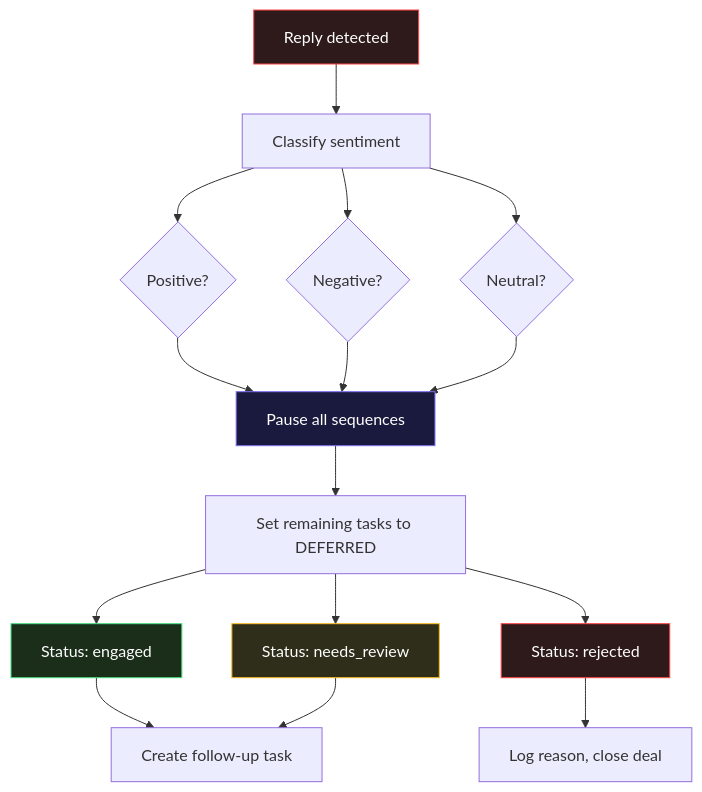
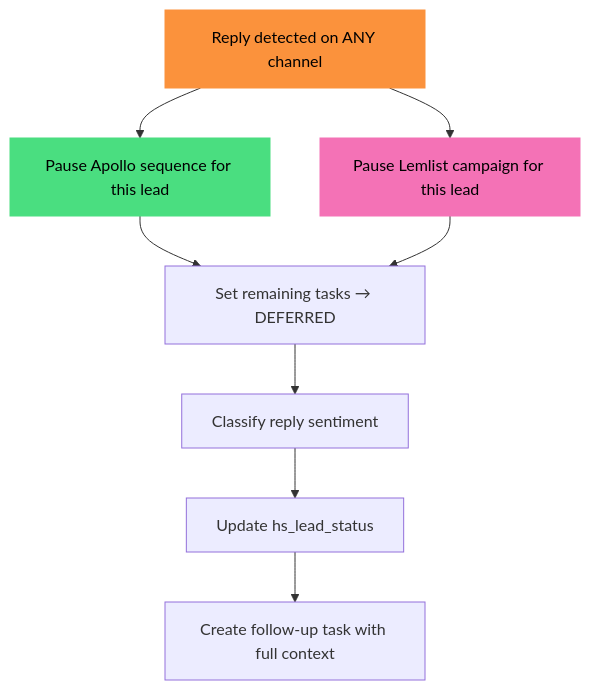
Before and after one commit to Artemponomarev/ai-agent-guides: the seventh of 8 diagrams in Kernelics email outreaching automation/architecture.md, drawn with Mermaid. The commit also changed other lines of this file, not shown here.

First line of the commit message:
Rewrite architecture: hypothesis-driven workflow with OpenClaw orchestration

````diff
--- a/Kernelics email outreaching automation/architecture.md
+++ b/Kernelics email outreaching automation/architecture.md
@@ -340,23 +448,14 @@
 ```mermaid
 flowchart TD
-    R[Reply detected] --> CL[Classify sentiment]
-    CL --> POS{Positive?}
-    CL --> NEG{Negative?}
-    CL --> NEU{Neutral?}
-    POS --> PAUSE[Pause all sequences]
-    NEG --> PAUSE
-    NEU --> PAUSE
-    PAUSE --> DEFER[Set remaining tasks to DEFERRED]
-    DEFER --> STAT_P[Status: engaged]
-    DEFER --> STAT_N[Status: rejected]
-    DEFER --> STAT_U[Status: needs_review]
-    STAT_P --> TASKD[Create follow-up task]
-    STAT_N --> LOG[Log reason, close deal]
-    STAT_U --> TASKD
+    REPLY[Reply detected on ANY channel] --> PAUSE_A[Pause Apollo sequence for this lead]
+    REPLY --> PAUSE_L[Pause Lemlist campaign for this lead]
+    PAUSE_A --> DEFER[Set remaining tasks → DEFERRED]
+    PAUSE_L --> DEFER
+    DEFER --> CLASS[Classify reply sentiment]
+    CLASS --> STATUS[Update hs_lead_status]
+    STATUS --> TASK[Create follow-up task with full context]
 
-    style R fill:#2e1a1a,stroke:#ff4545,color:#fff
-    style PAUSE fill:#1a1a3e,stroke:#7c6ef0,color:#fff
-    style STAT_P fill:#1a2e1a,stroke:#4ade80,color:#fff
-    style STAT_N fill:#2e1a1a,stroke:#ff4545,color:#fff
-    style STAT_U fill:#2e2e1a,stroke:#fbbf24,color:#fff
+    style REPLY fill:#fb923c,stroke:#fb923c,color:#000
+    style PAUSE_A fill:#4ade80,stroke:#4ade80,color:#000
+    style PAUSE_L fill:#f472b6,stroke:#f472b6,color:#000
 ```
````
